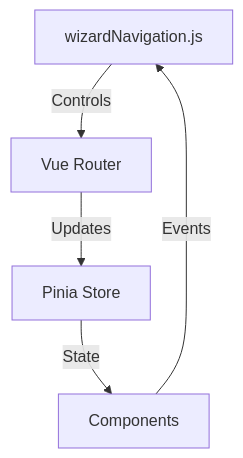
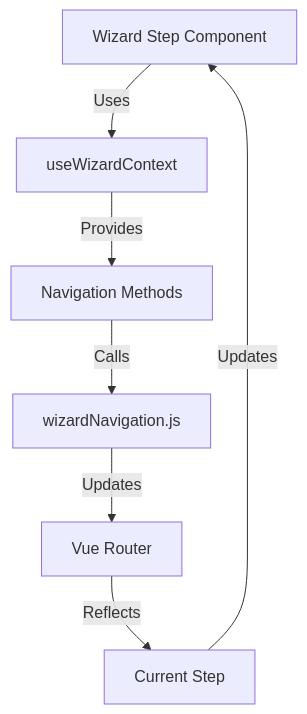
One commit to eric-fern/wizardteach changed the second of 2 diagrams in README.md. Above: the diagram before and after it, drawn with Mermaid. The commit also changed other lines of this file, not shown here.

Commit message:
refactor(wizard): Implement context-based navigation and enhance modularity - Introduced WizardProvider for centralized context management - Refactored navigation to use composition API - Added ThinkingStep component - Enhanced error handling - Updated README and architecture docs

````diff
--- a/README.md
+++ b/README.md
@@ -516,7 +745,9 @@
 ```mermaid
 graph TD
-    A[wizardNavigation.js] -->|Controls| B[Vue Router]
-    B -->|Updates| C[Pinia Store]
-    C -->|State| D[Components]
-    D -->|Events| A
+    A[Wizard Step Component] -->|Uses| B[useWizardContext]
+    B -->|Provides| C[Navigation Methods]
+    C -->|Calls| D[wizardNavigation.js]
+    D -->|Updates| E[Vue Router]
+    E -->|Reflects| F[Current Step]
+    F -->|Updates| A
 ```
````
